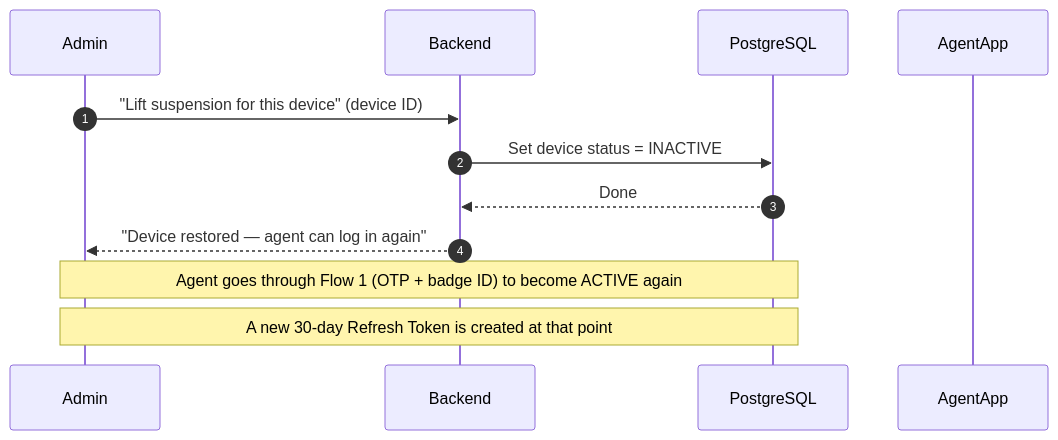
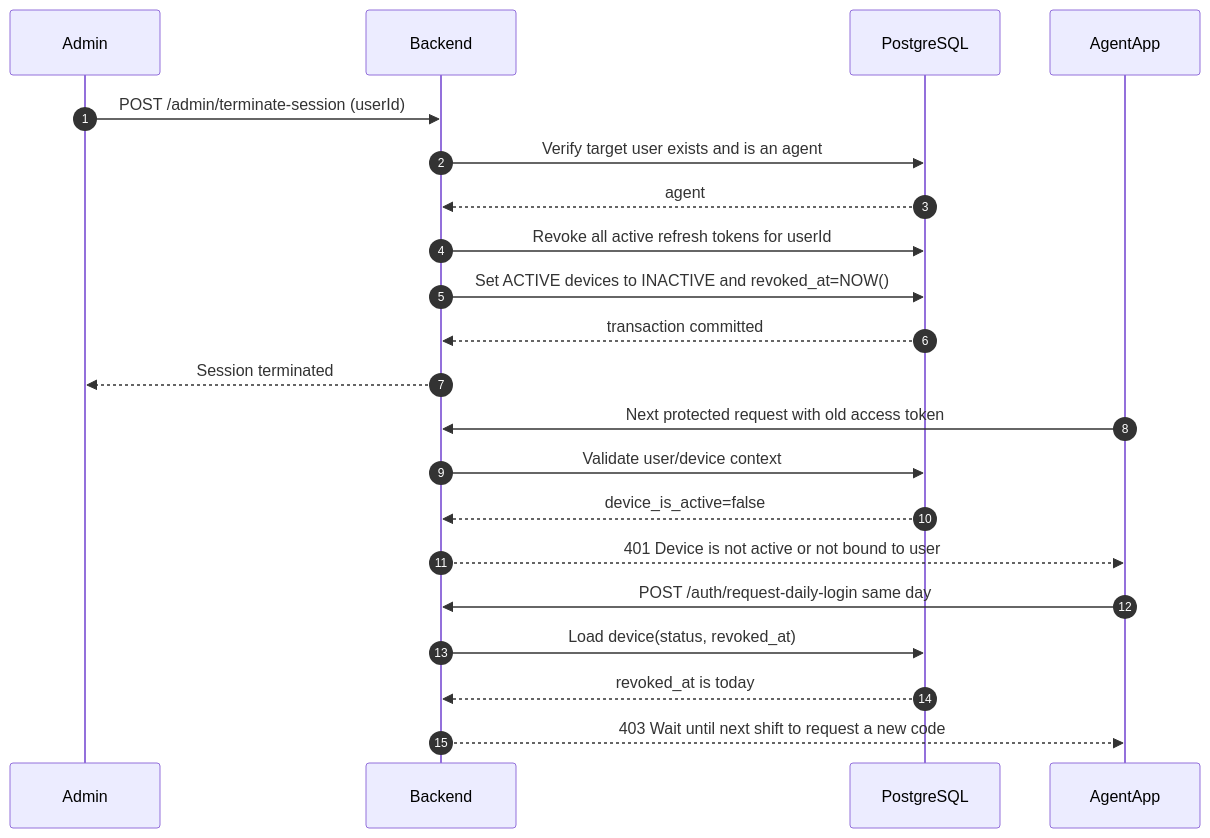
The sixth of 6 diagrams in docs/daily_opertational_login_flow.md (skyengpro/iviss), drawn with Mermaid before and after one commit. The commit also changed other lines of this file and 13 other files, not shown here.

````diff
--- a/docs/daily_opertational_login_flow.md
+++ b/docs/daily_opertational_login_flow.md
@@ -193,16 +282,26 @@
 ```mermaid
 sequenceDiagram
     autonumber
     participant Admin
     participant Backend
     participant PostgreSQL
     participant AgentApp
 
-    Admin->>Backend: "Lift suspension for this device" (device ID)
-    Backend->>PostgreSQL: Set device status = INACTIVE
-    PostgreSQL-->>Backend: Done
-    Backend-->>Admin: "Device restored — agent can log in again"
+    Admin->>Backend: POST /admin/terminate-session (userId)
+    Backend->>PostgreSQL: Verify target user exists and is an agent
+    PostgreSQL-->>Backend: agent
+    Backend->>PostgreSQL: Revoke all active refresh tokens for userId
+    Backend->>PostgreSQL: Set ACTIVE devices to INACTIVE and revoked_at=NOW()
+    PostgreSQL-->>Backend: transaction committed
+    Backend-->>Admin: Session terminated
 
-    note over Admin,PostgreSQL: Agent goes through Flow 1 (OTP + badge ID) to become ACTIVE again
-    note over Admin,PostgreSQL: A new 30-day Refresh Token is created at that point
+    AgentApp->>Backend: Next protected request with old access token
+    Backend->>PostgreSQL: Validate user/device context
+    PostgreSQL-->>Backend: device_is_active=false
+    Backend-->>AgentApp: 401 Device is not active or not bound to user
+
+    AgentApp->>Backend: POST /auth/request-daily-login same day
+    Backend->>PostgreSQL: Load device(status, revoked_at)
+    PostgreSQL-->>Backend: revoked_at is today
+    Backend-->>AgentApp: 403 Wait until next shift to request a new code
 ```
````
